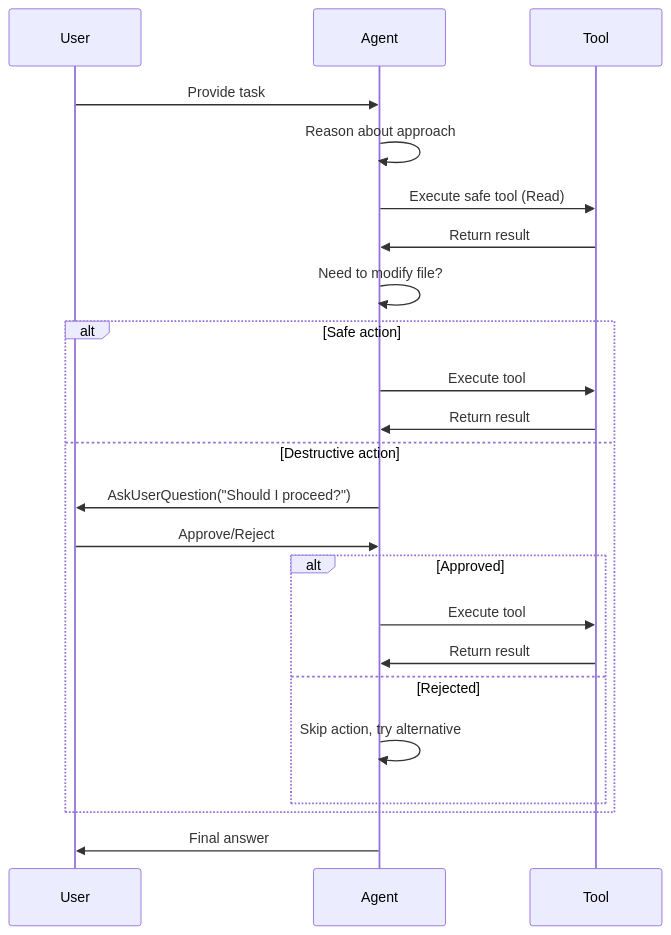
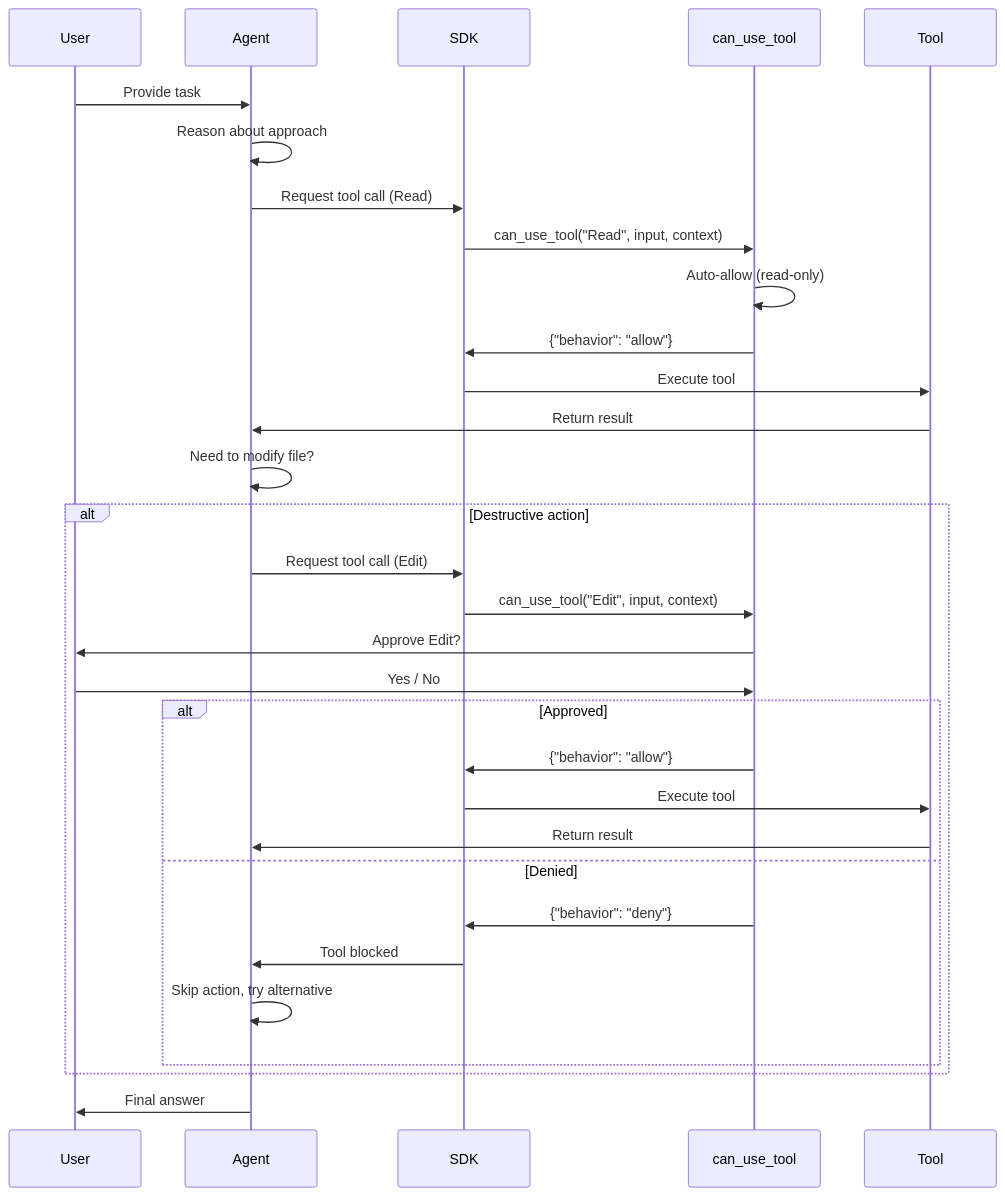
One commit to AyushSinghRana15/SDK changed the third of 4 diagrams in Module2/lab2_safe_execution.md. Above: the diagram before and after it, drawn with Mermaid. The commit also changed other lines of this file and 10 other files, not shown here.

Commit message:
Fix prompt_stream dict format, can_use_tool input, restore outdated requirements, remove generated test files

````diff
--- a/Module2/lab2_safe_execution.md
+++ b/Module2/lab2_safe_execution.md
@@ -230,26 +249,34 @@
 ```mermaid
 sequenceDiagram
     participant U as User
     participant A as Agent
+    participant S as SDK
+    participant C as can_use_tool
     participant T as Tool
     
     U->>A: Provide task
     A->>A: Reason about approach
-    A->>T: Execute safe tool (Read)
+    A->>S: Request tool call (Read)
+    S->>C: can_use_tool("Read", input, context)
+    C->>C: Auto-allow (read-only)
+    C->>S: {"behavior": "allow"}
+    S->>T: Execute tool
     T->>A: Return result
     A->>A: Need to modify file?
-    alt Safe action
-        A->>T: Execute tool
-        T->>A: Return result
-    else Destructive action
-        A->>U: AskUserQuestion("Should I proceed?")
-        U->>A: Approve/Reject
+    alt Destructive action
+        A->>S: Request tool call (Edit)
+        S->>C: can_use_tool("Edit", input, context)
+        C->>U: Approve Edit?
+        U->>C: Yes / No
         alt Approved
-            A->>T: Execute tool
+            C->>S: {"behavior": "allow"}
+            S->>T: Execute tool
             T->>A: Return result
-        else Rejected
+        else Denied
+            C->>S: {"behavior": "deny"}
+            S->>A: Tool blocked
             A->>A: Skip action, try alternative
         end
     end
     A->>U: Final answer
 ```
````
